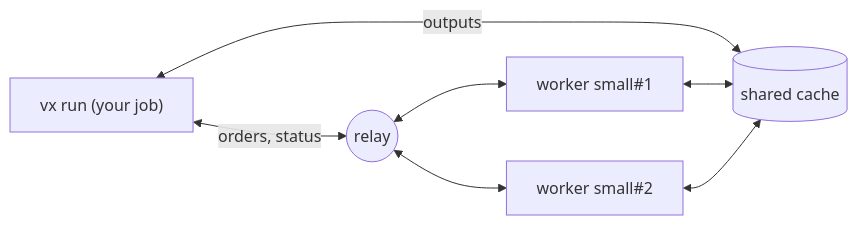
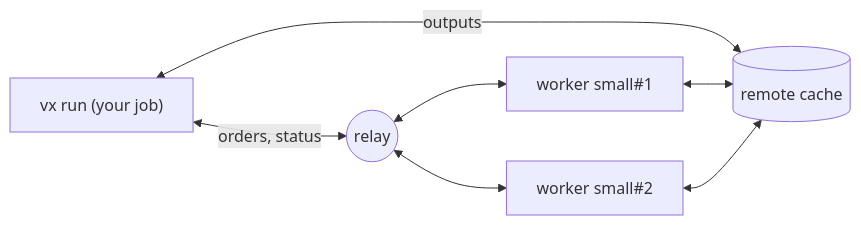
Before and after one commit to vznjs/vx: the diagram in private/vx-docs/src/content/docs/docs/distributed-runs.mdx, drawn with Mermaid. The commit also changed other lines of this file and 15 other files, not shown here.

````diff
--- a/private/vx-docs/src/content/docs/docs/distributed-runs.mdx
+++ b/private/vx-docs/src/content/docs/docs/distributed-runs.mdx
@@ -47,9 +31,9 @@
 ```mermaid
 flowchart LR
   R["vx run (your job)"] <-->|orders, status| Relay((relay))
   Relay <--> W1["worker small#1"]
   Relay <--> W2["worker small#2"]
-  R <-->|outputs| C[(shared cache)]
+  R <-->|outputs| C[(remote cache)]
   W1 <--> C
   W2 <--> C
 ```
````
